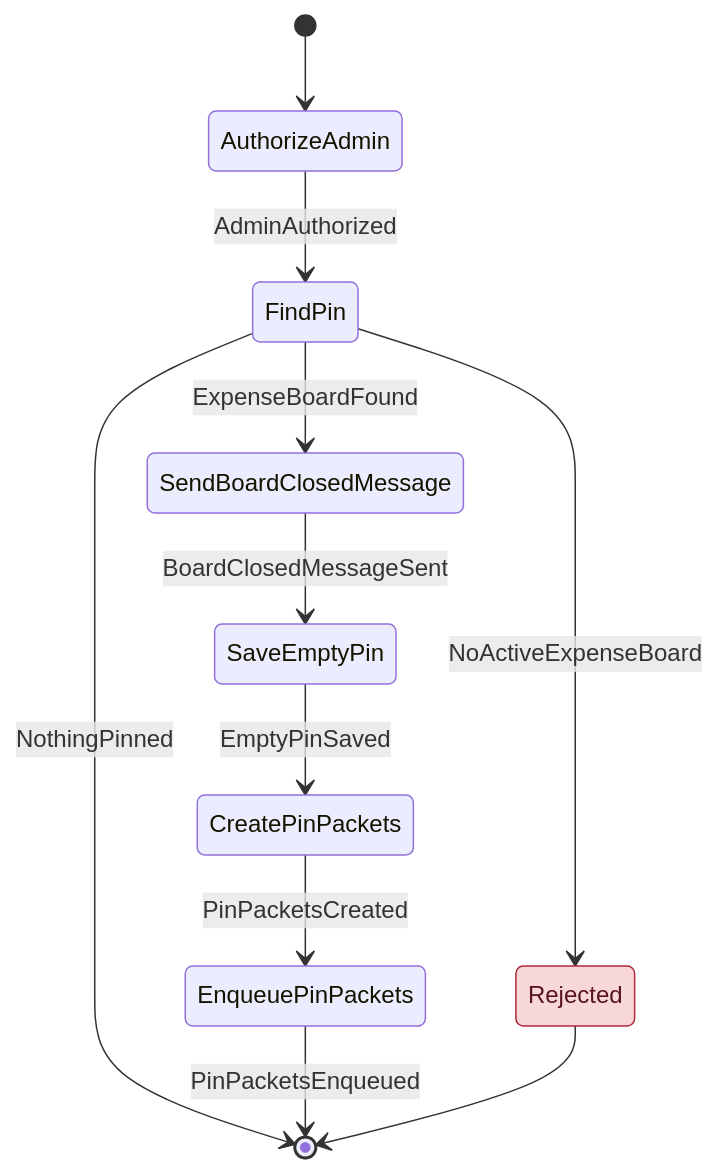
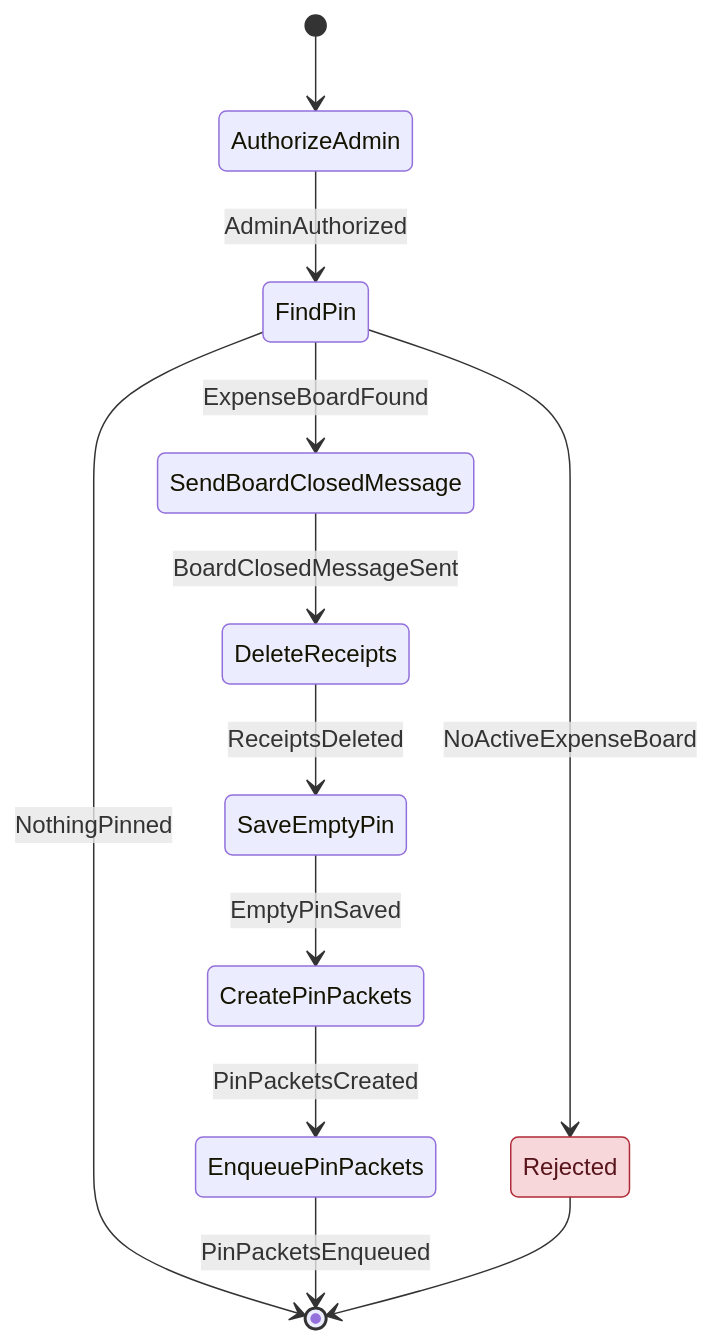
Before and after one commit to cbgm/Sparrow: diagram 11 of 14 in docs/architecture/workflows/groupstate.md, drawn with Mermaid. The commit also changed other lines of this file and 61 other files, not shown here.

````diff
--- a/docs/architecture/workflows/groupstate.md
+++ b/docs/architecture/workflows/groupstate.md
@@ -250,15 +255,16 @@
 ```mermaid
 stateDiagram-v2
     [*] --> AuthorizeAdmin
     AuthorizeAdmin --> FindPin : AdminAuthorized
     FindPin --> SendBoardClosedMessage : ExpenseBoardFound
     FindPin --> Rejected : NoActiveExpenseBoard
     FindPin --> [*] : NothingPinned
-    SendBoardClosedMessage --> SaveEmptyPin : BoardClosedMessageSent
+    SendBoardClosedMessage --> DeleteReceipts : BoardClosedMessageSent
+    DeleteReceipts --> SaveEmptyPin : ReceiptsDeleted
     SaveEmptyPin --> CreatePinPackets : EmptyPinSaved
     CreatePinPackets --> EnqueuePinPackets : PinPacketsCreated
     EnqueuePinPackets --> [*] : PinPacketsEnqueued
     Rejected --> [*]
     classDef reject fill:#f8d7da,stroke:#b02a37,color:#58151c
     class Rejected reject
 ```
````
